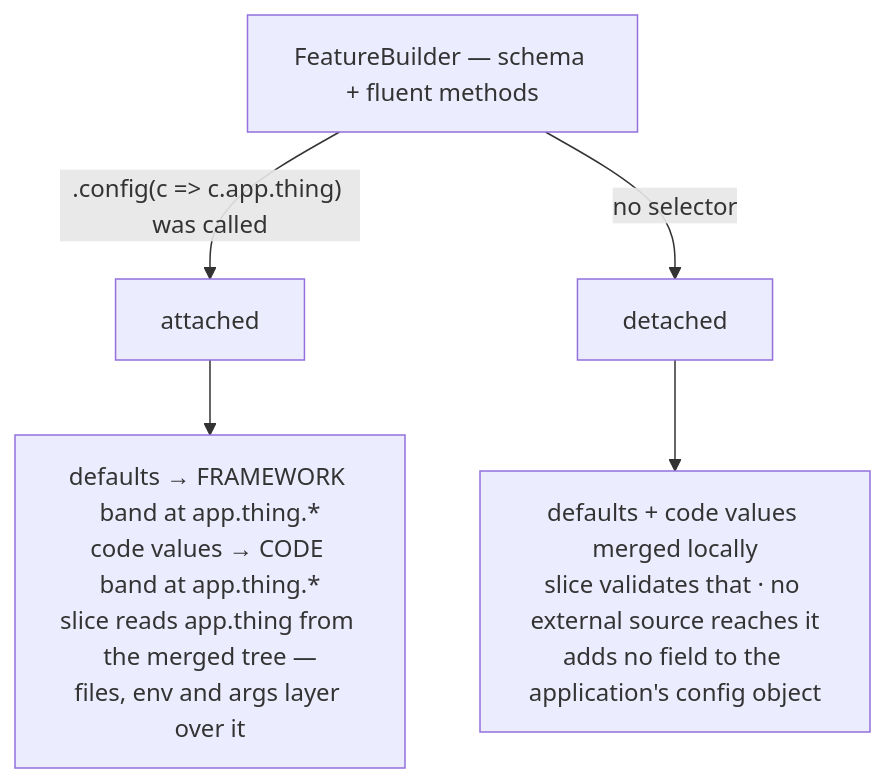
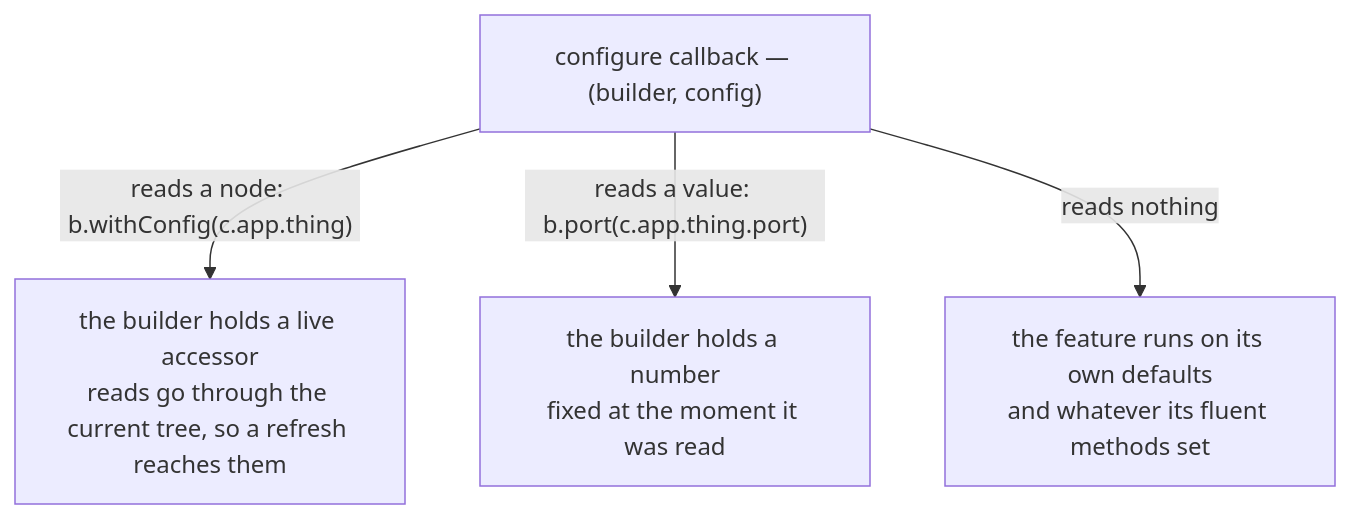
Before and after one commit to caffeinejs/caffeine: the third of 5 diagrams in std/config/README.md, drawn with Mermaid. The commit also changed other lines of this file and 164 other files, not shown here.

````diff
--- a/std/config/README.md
+++ b/std/config/README.md
@@ -121,8 +120,10 @@
 ```mermaid
 flowchart TB
-  b["FeatureBuilder — schema + fluent methods"]
-  b -->|".config(c => c.app.thing) was called"| att["attached"]
-  b -->|"no selector"| det["detached"]
-  att --> aw["defaults → FRAMEWORK band at app.thing.*\ncode values → CODE band at app.thing.*\nslice reads app.thing from the merged tree —\nfiles, env and args layer over it"]
-  det --> dw["defaults + code values merged locally\nslice validates that · no external source reaches it\nadds no field to the application's config object"]
+  cb["configure callback — (builder, config)"]
+  cb -->|"reads a node: b.withConfig(c.app.thing)"| live["the builder holds a live accessor
+reads go through the current tree, so a refresh reaches them"]
+  cb -->|"reads a value: b.port(c.app.thing.port)"| snap["the builder holds a number
+fixed at the moment it was read"]
+  cb -->|"reads nothing"| own["the feature runs on its own defaults
+and whatever its fluent methods set"]
 ```
````
